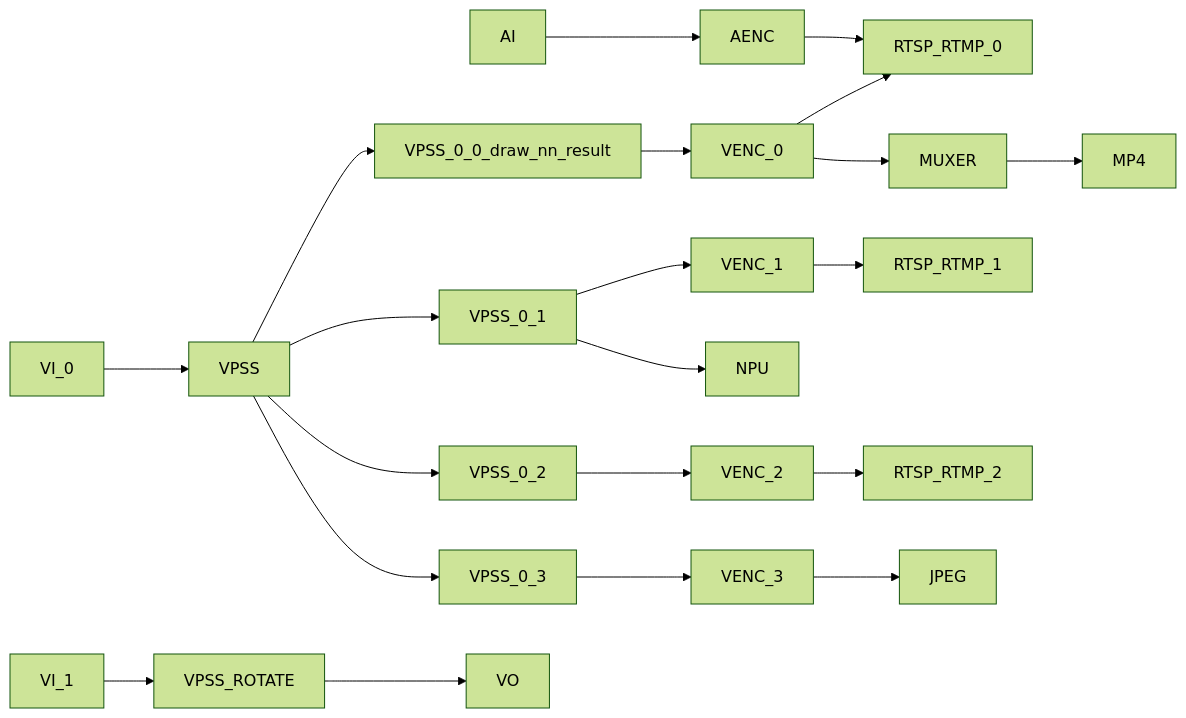
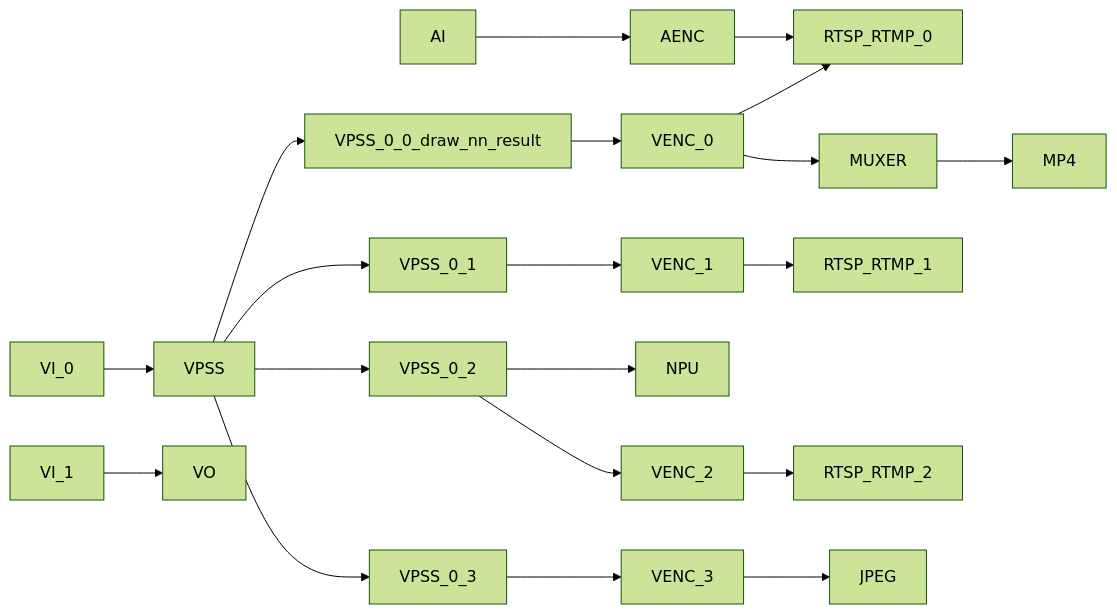
Before and after one commit to mixtile-rockchip/mixtile-sdk-linux-app-rkipc: diagram 13 of 19 in docs/Rockchip_Developer_Guide_Linux_RKIPC_CN.md, drawn with Mermaid (forest theme). The commit also changed other lines of this file and 7 other files, not shown here.

````diff
--- a/docs/Rockchip_Developer_Guide_Linux_RKIPC_CN.md
+++ b/docs/Rockchip_Developer_Guide_Linux_RKIPC_CN.md
@@ -317,11 +319,11 @@
 ```mermaid
 graph LR
 	AI-->AENC-->RTSP_RTMP_0
 	VI_0-->VPSS-->VPSS_0_0_draw_nn_result-->VENC_0-->MUXER-->MP4
 	VENC_0-->RTSP_RTMP_0
 	VPSS-->VPSS_0_1-->VENC_1-->RTSP_RTMP_1
-	VPSS_0_1-->NPU
+	VPSS_0_2-->NPU
 	VPSS-->VPSS_0_2-->VENC_2-->RTSP_RTMP_2
 	VPSS-->VPSS_0_3-->VENC_3-->JPEG
-	VI_1-->VPSS_ROTATE-->VO
+	VI_1-->VO
 ```
````
